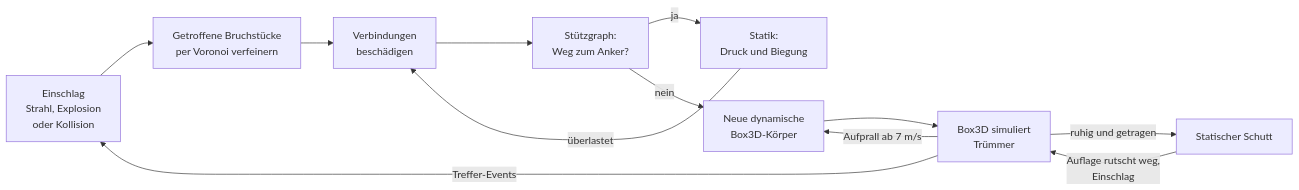
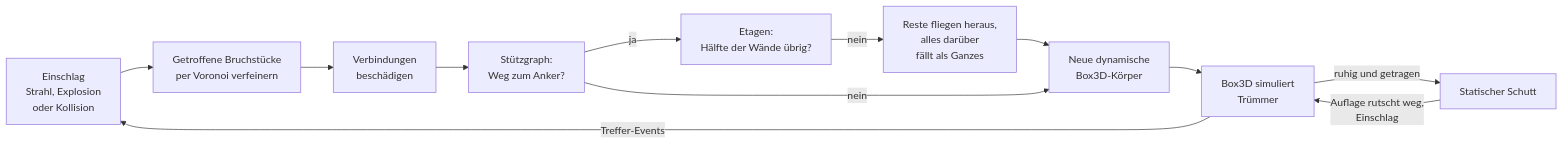
The diagram in README.md (Holz231/Nebenan), drawn with Mermaid before and after one commit. The commit also changed other lines of this file and 8 other files, not shown here.

````diff
--- a/README.md
+++ b/README.md
@@ -160,14 +165,14 @@
 ```mermaid
 flowchart LR
     A[Einschlag<br/>Strahl, Explosion<br/>oder Kollision] --> B[Getroffene Bruchstücke<br/>per Voronoi verfeinern]
     B --> C[Verbindungen<br/>beschädigen]
     C --> D[Stützgraph:<br/>Weg zum Anker?]
-    D -->|ja| S[Statik:<br/>Druck und Biegung]
-    S -->|überlastet| C
+    D -->|ja| S[Etagen:<br/>Hälfte der Wände übrig?]
+    S -->|nein| F[Reste fliegen heraus,<br/>alles darüber<br/>fällt als Ganzes]
+    F --> E
     D -->|nein| E[Neue dynamische<br/>Box3D-Körper]
     E --> G[Box3D simuliert<br/>Trümmer]
     G -->|Treffer-Events| A
-    G -->|Aufprall ab 7 m/s| E
     G -->|ruhig und getragen| H[Statischer Schutt]
     H -->|Auflage rutscht weg,<br/>Einschlag| G
 ```
````
